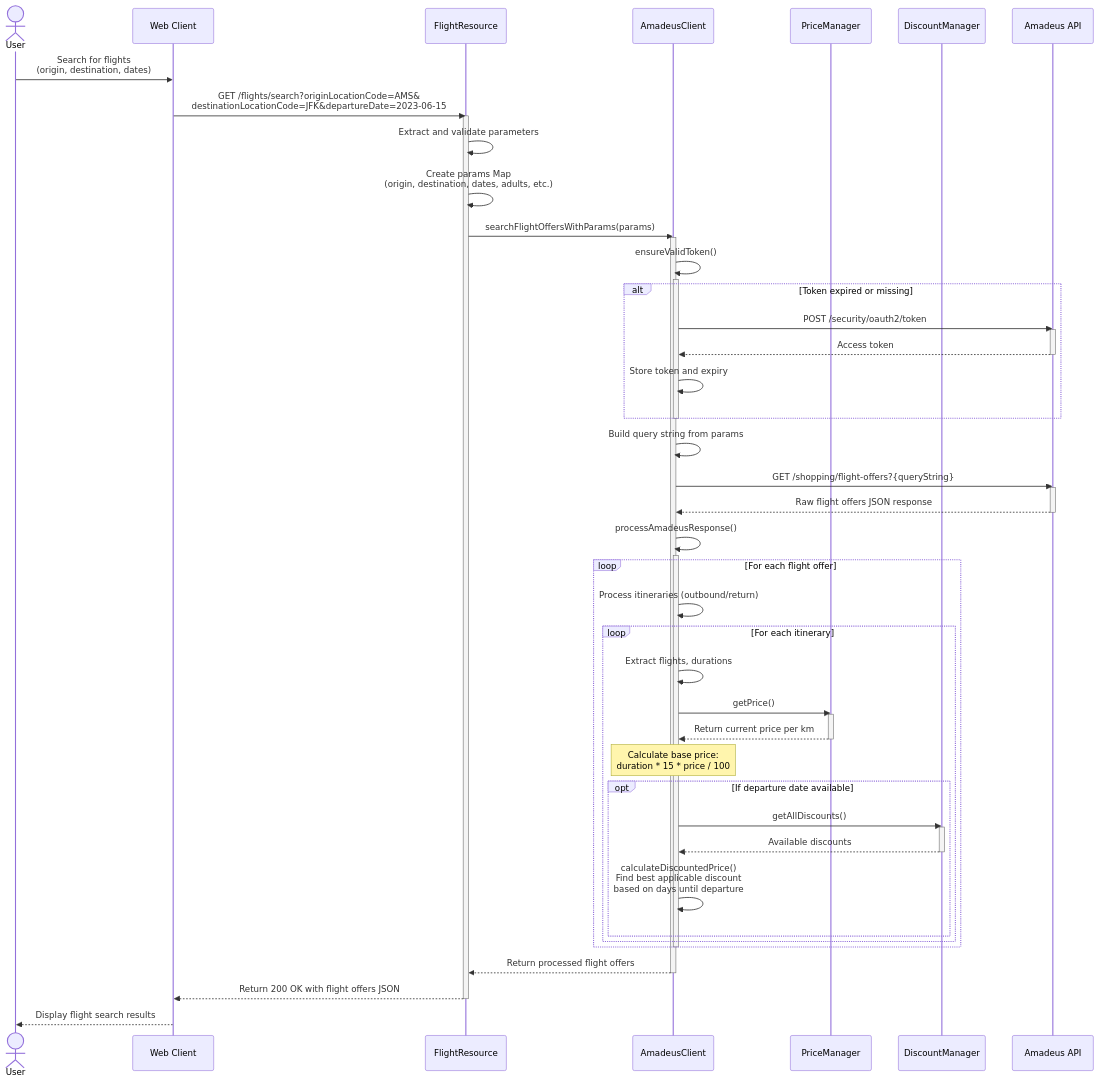
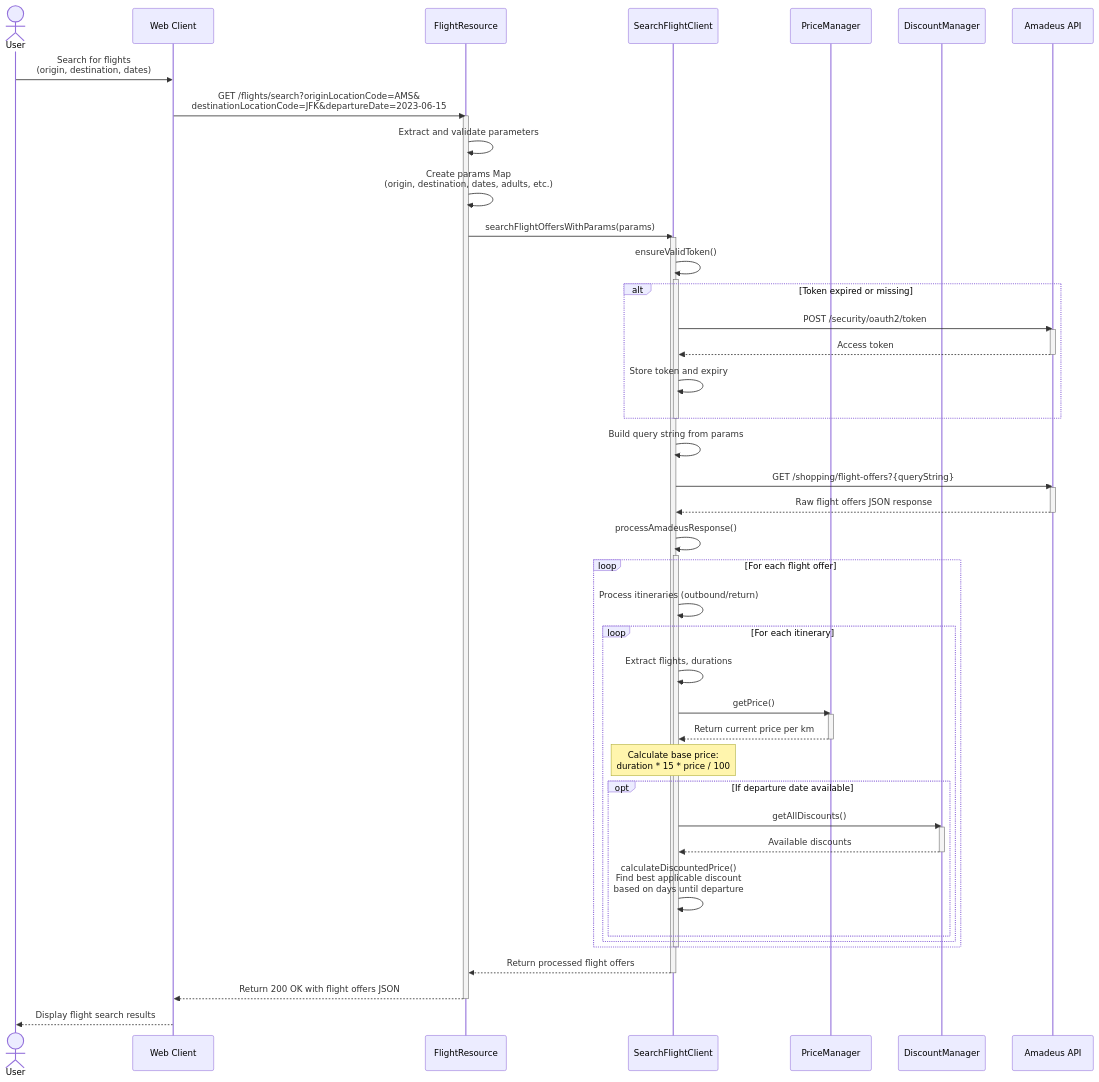
One commit to Leonardo-Notargiacomo/SkyVoyage changed the diagram in design/sequenceDiagrams/flightSearchSequenceDiagram.md. Above: the diagram before and after it, drawn with Mermaid. The commit also changed other lines of this file, not shown here.

````diff
--- a/design/sequenceDiagrams/flightSearchSequenceDiagram.md
+++ b/design/sequenceDiagrams/flightSearchSequenceDiagram.md
@@ -5,79 +5,79 @@
 ```mermaid
 sequenceDiagram
     actor User
     participant WebClient as Web Client
     participant FlightResource as FlightResource
-    participant AmadeusClient as AmadeusClient
+    participant SearchFlightClient as SearchFlightClient
     participant PriceManager as PriceManager
     participant DiscountManager as DiscountManager
-    participant AmadeusAPI as Amadeus API
+    participant SearchFlightAPI as Amadeus API
     
     User ->> WebClient: Search for flights<br>(origin, destination, dates)
     WebClient ->> FlightResource: GET /flights/search?originLocationCode=AMS&<br>destinationLocationCode=JFK&departureDate=2023-06-15
     activate FlightResource
     
     FlightResource ->> FlightResource: Extract and validate parameters
     
     FlightResource ->> FlightResource: Create params Map<br>(origin, destination, dates, adults, etc.)
     
-    FlightResource ->> AmadeusClient: searchFlightOffersWithParams(params)
-    activate AmadeusClient
+    FlightResource ->> SearchFlightClient: searchFlightOffersWithParams(params)
+    activate SearchFlightClient
     
-    AmadeusClient ->> AmadeusClient: ensureValidToken()
-    activate AmadeusClient
+    SearchFlightClient ->> SearchFlightClient: ensureValidToken()
+    activate SearchFlightClient
     
     alt Token expired or missing
-        AmadeusClient ->> AmadeusAPI: POST /security/oauth2/token
-        activate AmadeusAPI
-        AmadeusAPI -->> AmadeusClient: Access token
-        deactivate AmadeusAPI
-        AmadeusClient ->> AmadeusClient: Store token and expiry
+        SearchFlightClient ->> SearchFlightAPI: POST /security/oauth2/token
+        activate SearchFlightAPI
+        SearchFlightAPI -->> SearchFlightClient: Access token
+        deactivate SearchFlightAPI
+        SearchFlightClient ->> SearchFlightClient: Store token and expiry
     end
     
-    deactivate AmadeusClient
+    deactivate SearchFlightClient
     
-    AmadeusClient ->> AmadeusClient: Build query string from params
+    SearchFlightClient ->> SearchFlightClient: Build query string from params
     
-    AmadeusClient ->> AmadeusAPI: GET /shopping/flight-offers?{queryString}
-    activate AmadeusAPI
+    SearchFlightClient ->> SearchFlightAPI: GET /shopping/flight-offers?{queryString}
+    activate SearchFlightAPI
     
-    AmadeusAPI -->> AmadeusClient: Raw flight offers JSON response
-    deactivate AmadeusAPI
+    SearchFlightAPI -->> SearchFlightClient: Raw flight offers JSON response
+    deactivate SearchFlightAPI
     
-    AmadeusClient ->> AmadeusClient: processAmadeusResponse()
-    activate AmadeusClient
+    SearchFlightClient ->> SearchFlightClient: processAmadeusResponse()
+    activate SearchFlightClient
     
     loop For each flight offer
-        AmadeusClient ->> AmadeusClient: Process itineraries (outbound/return)
+        SearchFlightClient ->> SearchFlightClient: Process itineraries (outbound/return)
         
         loop For each itinerary
-            AmadeusClient ->> AmadeusClient: Extract flights, durations
+            SearchFlightClient ->> SearchFlightClient: Extract flights, durations
             
-            AmadeusClient ->> PriceManager: getPrice()
+            SearchFlightClient ->> PriceManager: getPrice()
             activate PriceManager
-            PriceManager -->> AmadeusClient: Return current price per km
+            PriceManager -->> SearchFlightClient: Return current price per km
             deactivate PriceManager
             
-            Note over AmadeusClient: Calculate base price:<br>duration * 15 * price / 100
+            Note over SearchFlightClient: Calculate base price:<br>duration * 15 * price / 100
             
             opt If departure date available
-                AmadeusClient ->> DiscountManager: getAllDiscounts()
+                SearchFlightClient ->> DiscountManager: getAllDiscounts()
                 activate DiscountManager
-                DiscountManager -->> AmadeusClient: Available discounts
+                DiscountManager -->> SearchFlightClient: Available discounts
                 deactivate DiscountManager
                 
-                AmadeusClient ->> AmadeusClient: calculateDiscountedPrice()<br>Find best applicable discount<br>based on days until departure
+                SearchFlightClient ->> SearchFlightClient: calculateDiscountedPrice()<br>Find best applicable discount<br>based on days until departure
             end
         end
     end
     
-    deactivate AmadeusClient
+    deactivate SearchFlightClient
     
-    AmadeusClient -->> FlightResource: Return processed flight offers
-    deactivate AmadeusClient
+    SearchFlightClient -->> FlightResource: Return processed flight offers
+    deactivate SearchFlightClient
     
     FlightResource -->> WebClient: Return 200 OK with flight offers JSON
     deactivate FlightResource
     
     WebClient -->> User: Display flight search results
 ```
````
